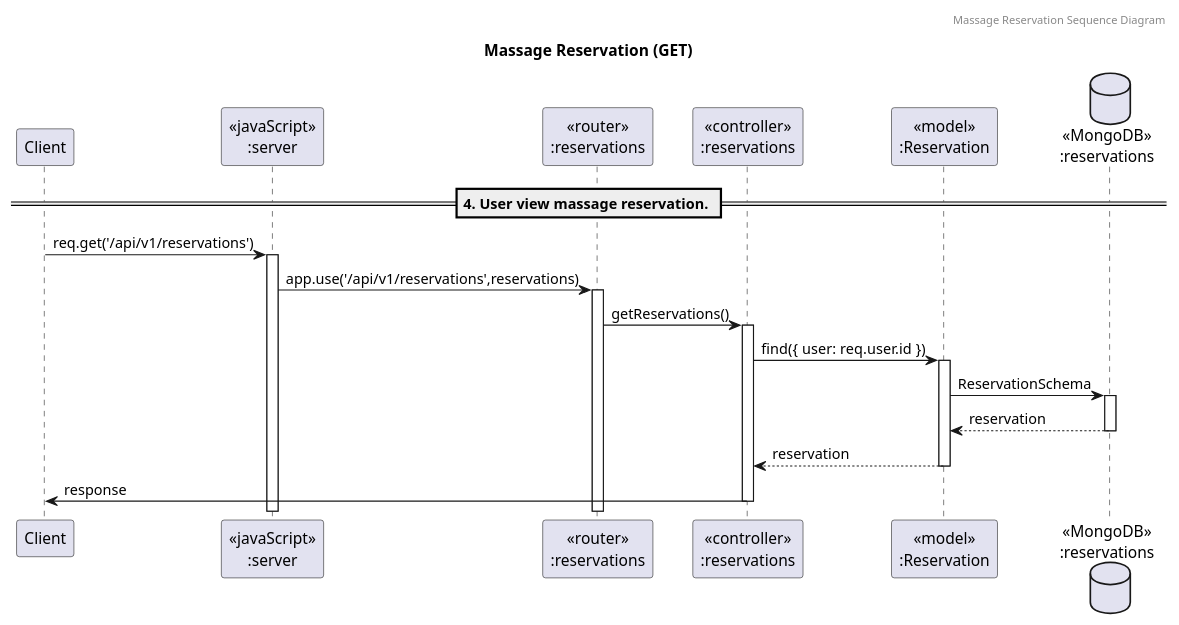
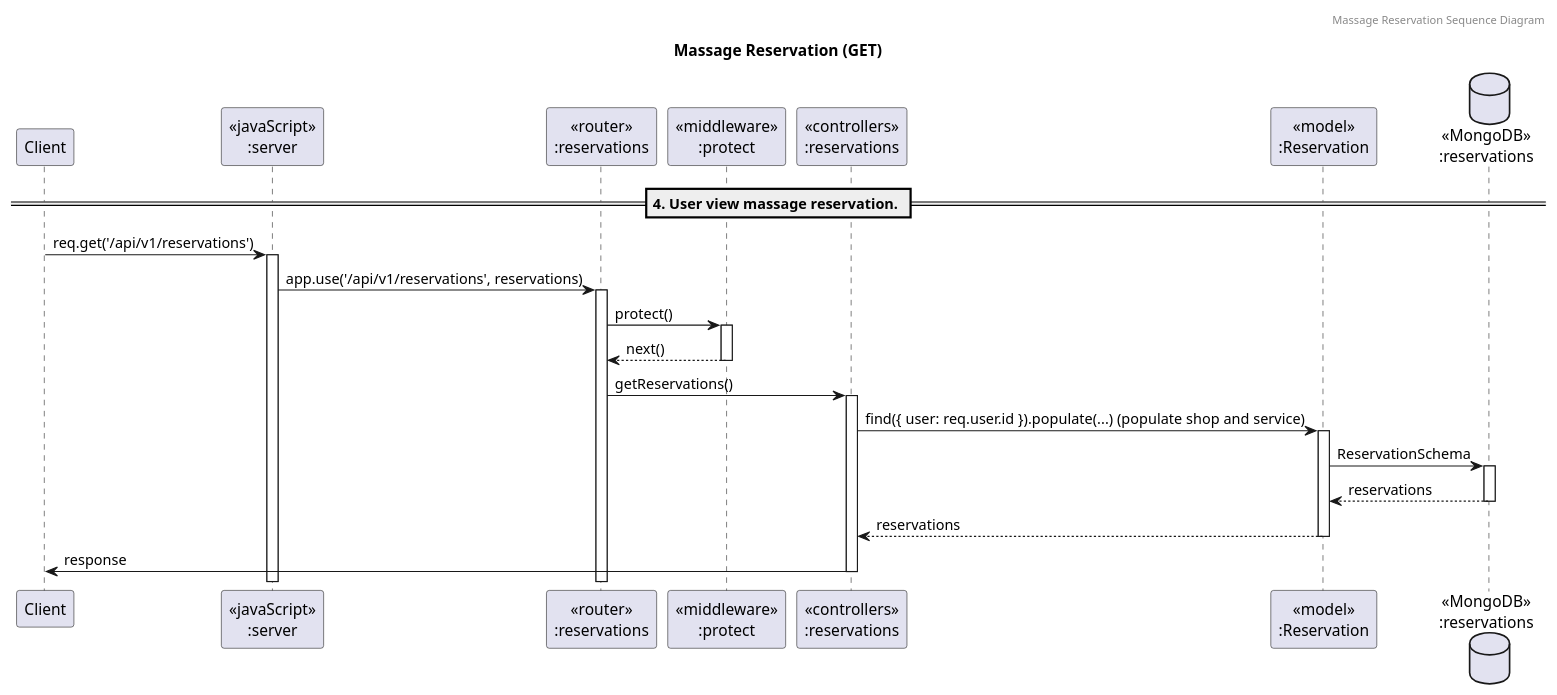
The diagram in docs/sequence-diagram/sequence-diagram_4.puml (14two-77/be-project-68-fangaodiwa), drawn with PlantUML before and after one commit. The commit also changed 26 other files, not shown here.

Commit message:
add diagram

```diff
--- a/docs/sequence-diagram/sequence-diagram_4.puml
+++ b/docs/sequence-diagram/sequence-diagram_4.puml
@@ -1,24 +1,27 @@
 @startuml sequence-diagram
 
 header Massage Reservation Sequence Diagram
 title "Massage Reservation (GET)"
 
 participant "Client" as client
 participant "<<javaScript>>\n:server" as server
 participant "<<router>>\n:reservations" as routerReservations
-participant "<<controller>>\n:reservations" as controllersReservations
+participant "<<middleware>>\n:protect" as middlewareProtect
+participant "<<controllers>>\n:reservations" as controllersReservations
 participant "<<model>>\n:Reservation" as modelReservation
 database "<<MongoDB>>\n:reservations" as reservationsDatabase
 
 == 4. User view massage reservation. ==
 
 client -> server ++: req.get('/api/v1/reservations')
-server -> routerReservations ++: app.use('/api/v1/reservations',reservations)
+server -> routerReservations ++: app.use('/api/v1/reservations', reservations)
+routerReservations -> middlewareProtect ++: protect()
+middlewareProtect --> routerReservations --: next()
 routerReservations -> controllersReservations ++: getReservations()
-controllersReservations-> modelReservation ++: find({ user: req.user.id })
+controllersReservations -> modelReservation ++: find({ user: req.user.id }).populate(...) (populate shop and service)
 modelReservation -> reservationsDatabase ++: ReservationSchema
-reservationsDatabase --> modelReservation --: reservation
-controllersReservations <-- modelReservation --: reservation
+reservationsDatabase --> modelReservation --: reservations
+controllersReservations <-- modelReservation --: reservations
 controllersReservations -> client --: response
 
 @enduml
```
